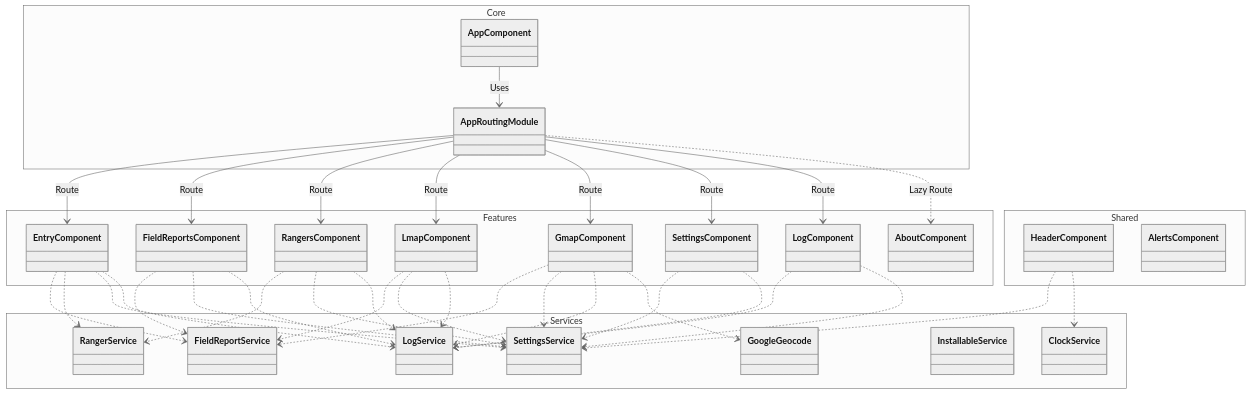
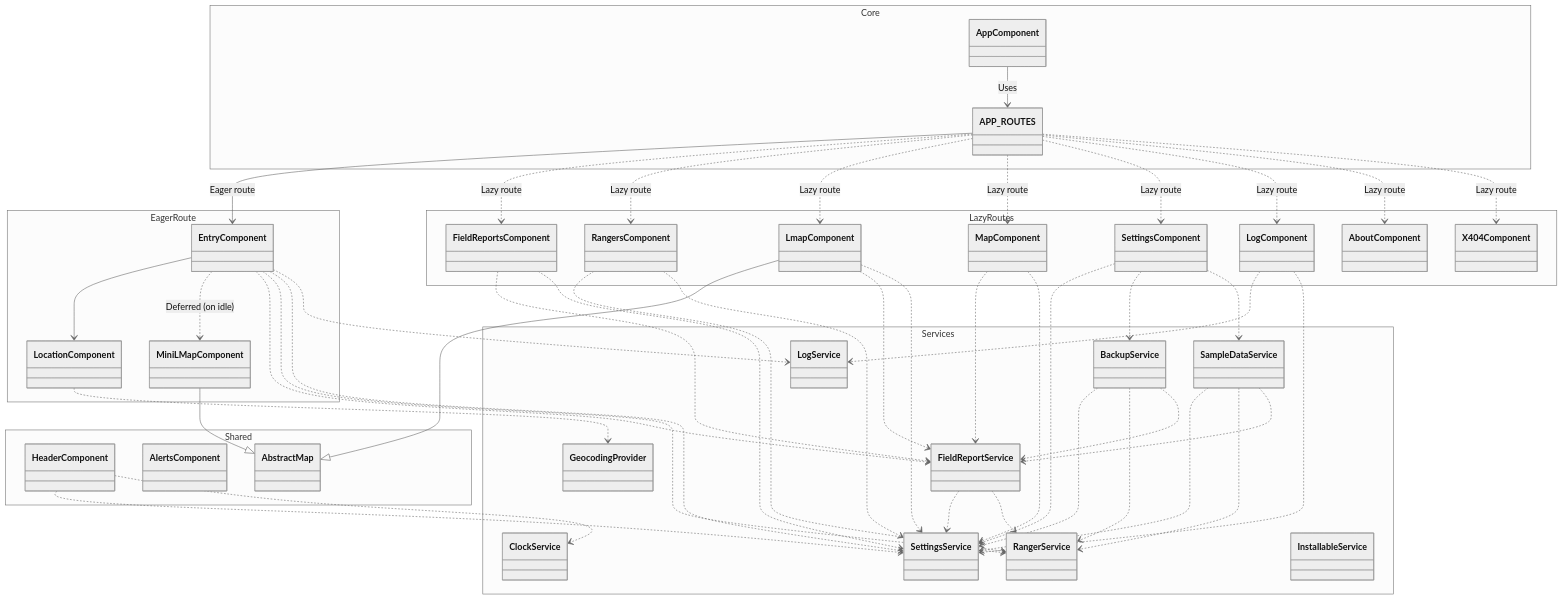
One commit to EOCOnline/rangertrak changed the diagram in ARCHITECTURE.md. Above: the diagram before and after it, drawn with Mermaid (neutral theme). The commit also changed other lines of this file and 5 other files, not shown here.

````diff
--- a/ARCHITECTURE.md
+++ b/ARCHITECTURE.md
@@ -8,23 +140,30 @@
 
     namespace Core {
         class AppComponent
-        class AppRoutingModule
+        class APP_ROUTES
     }
 
-    namespace Features {
+    namespace EagerRoute {
         class EntryComponent
+        class LocationComponent
+        class MiniLMapComponent
+    }
+
+    namespace LazyRoutes {
         class FieldReportsComponent
         class RangersComponent
         class LmapComponent
-        class GmapComponent
+        class MapComponent
         class SettingsComponent
         class LogComponent
         class AboutComponent
+        class X404Component
     }
 
     namespace Shared {
         class HeaderComponent
         class AlertsComponent
+        class AbstractMap
     }
 
     namespace Services {
@@ -34,47 +173,65 @@
         class LogService
         class ClockService
         class InstallableService
-        class GoogleGeocode
+        class BackupService
+        class SampleDataService
+        class GeocodingProvider
     }
 
-    AppComponent --> AppRoutingModule : Uses
-    AppRoutingModule --> EntryComponent : Route
-    AppRoutingModule --> FieldReportsComponent : Route
-    AppRoutingModule --> RangersComponent : Route
-    AppRoutingModule --> LmapComponent : Route
-    AppRoutingModule --> GmapComponent : Route
-    AppRoutingModule --> SettingsComponent : Route
-    AppRoutingModule --> LogComponent : Route
-    AppRoutingModule ..> AboutComponent : Lazy Route
+    AppComponent --> APP_ROUTES : Uses
+    APP_ROUTES --> EntryComponent : Eager route
 
+    APP_ROUTES ..> FieldReportsComponent : Lazy route
+    APP_ROUTES ..> RangersComponent : Lazy route
+    APP_ROUTES ..> LmapComponent : Lazy route
+    APP_ROUTES ..> MapComponent : Lazy route
+    APP_ROUTES ..> SettingsComponent : Lazy route
+    APP_ROUTES ..> LogComponent : Lazy route
+    APP_ROUTES ..> AboutComponent : Lazy route
+    APP_ROUTES ..> X404Component : Lazy route
+
+    EntryComponent --> LocationComponent
+    EntryComponent ..> MiniLMapComponent : Deferred (on idle)
     EntryComponent ..> FieldReportService
     EntryComponent ..> RangerService
     EntryComponent ..> SettingsService
     EntryComponent ..> LogService
 
+    LocationComponent ..> GeocodingProvider
+
+    MiniLMapComponent --|> AbstractMap
+    LmapComponent --|> AbstractMap
+
     FieldReportsComponent ..> FieldReportService
     FieldReportsComponent ..> SettingsService
-    FieldReportsComponent ..> LogService
 
     RangersComponent ..> RangerService
     RangersComponent ..> SettingsService
-    RangersComponent ..> LogService
 
     LmapComponent ..> FieldReportService
     LmapComponent ..> SettingsService
-    LmapComponent ..> LogService
 
-    GmapComponent ..> FieldReportService
-    GmapComponent ..> SettingsService
-    GmapComponent ..> LogService
-    GmapComponent ..> GoogleGeocode
+    MapComponent ..> FieldReportService
+    MapComponent ..> SettingsService
 
     SettingsComponent ..> SettingsService
-    SettingsComponent ..> LogService
+    SettingsComponent ..> BackupService
+    SettingsComponent ..> SampleDataService
 
     LogComponent ..> LogService
     LogComponent ..> SettingsService
 
+    BackupService ..> SettingsService
+    BackupService ..> RangerService
+    BackupService ..> FieldReportService
+
+    SampleDataService ..> SettingsService
+    SampleDataService ..> RangerService
+    SampleDataService ..> FieldReportService
+
+    FieldReportService ..> SettingsService
+    FieldReportService ..> RangerService
+
     HeaderComponent ..> SettingsService
     HeaderComponent ..> ClockService
 ```
````
